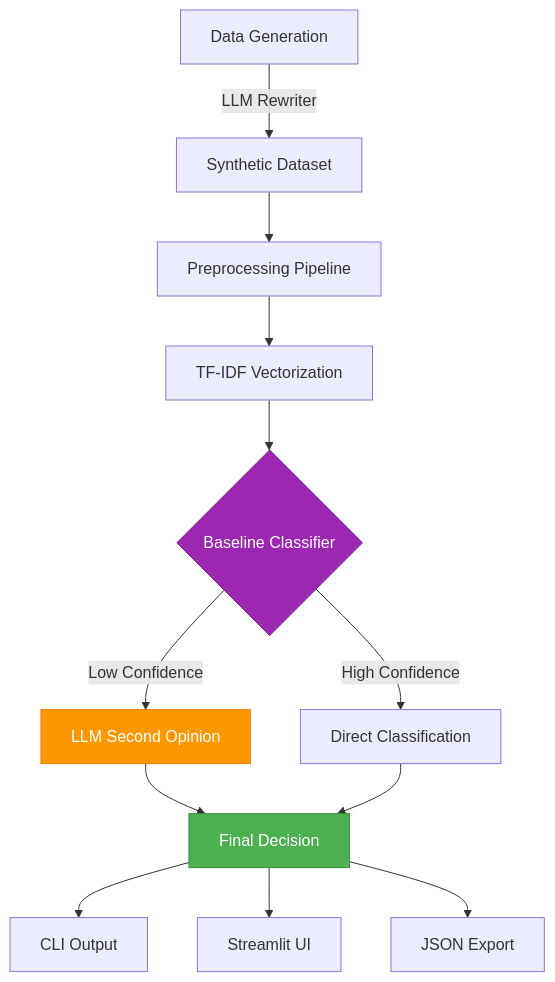
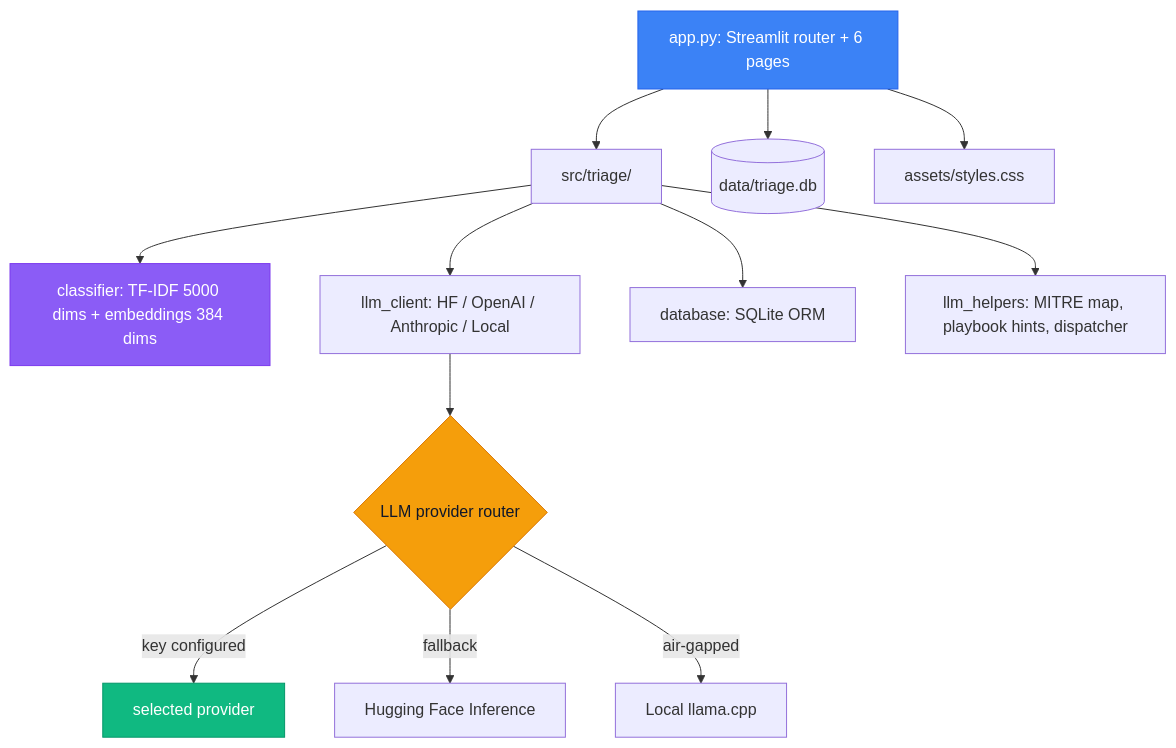
One commit to texasbe2trill/AlertSage changed the diagram in docs/index.md. Above: the diagram before and after it, drawn with Mermaid. The commit also changed other lines of this file and 7 other files, not shown here.

````diff
--- a/docs/index.md
+++ b/docs/index.md
@@ -99,18 +97,19 @@
 ```mermaid
 graph TB
-    A[Data Generation] -->|LLM Rewriter| B[Synthetic Dataset]
-    B --> C[Preprocessing Pipeline]
-    C --> D[TF-IDF Vectorization]
-    D --> E{Baseline Classifier}
-    E -->|High Confidence| F[Direct Classification]
-    E -->|Low Confidence| G[LLM Second Opinion]
-    G --> H[Final Decision]
-    F --> H
-    H --> I[CLI Output]
-    H --> J[Streamlit UI]
-    H --> K[JSON Export]
+    A[app.py: Streamlit router + 6 pages] --> B[src/triage/]
+    A --> C[(data/triage.db)]
+    A --> D[assets/styles.css]
+    B --> E[classifier: TF-IDF 5000 dims + embeddings 384 dims]
+    B --> F[llm_client: HF / OpenAI / Anthropic / Local]
+    B --> G[database: SQLite ORM]
+    B --> H[llm_helpers: MITRE map, playbook hints, dispatcher]
+    F --> I{LLM provider router}
+    I -->|key configured| J[selected provider]
+    I -->|fallback| K[Hugging Face Inference]
+    I -->|air-gapped| L[Local llama.cpp]
 
-    style E fill:#9c27b0,stroke:#7b1fa2,color:#fff
-    style G fill:#ff9800,stroke:#f57c00,color:#fff
-    style H fill:#4caf50,stroke:#388e3c,color:#fff
+    style A fill:#3b82f6,stroke:#2563eb,color:#fff
+    style E fill:#8b5cf6,stroke:#7c3aed,color:#fff
+    style I fill:#f59e0b,stroke:#d97706,color:#0f172a
+    style J fill:#10b981,stroke:#059669,color:#fff
 ```
````
